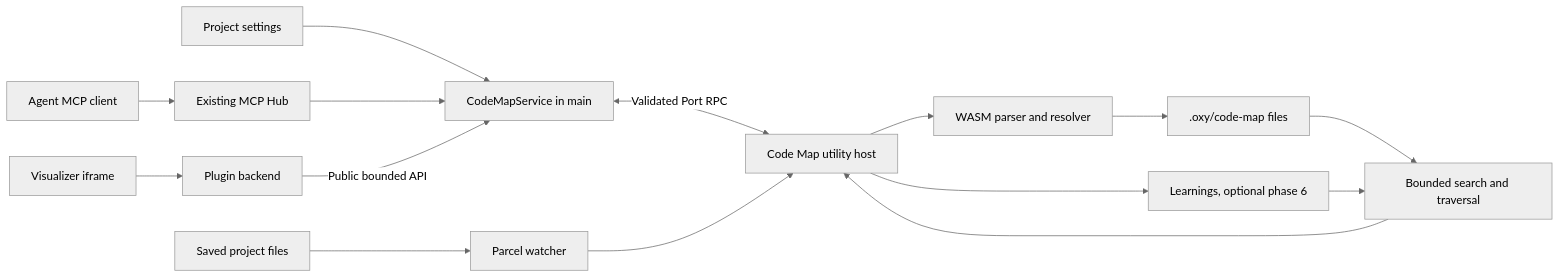
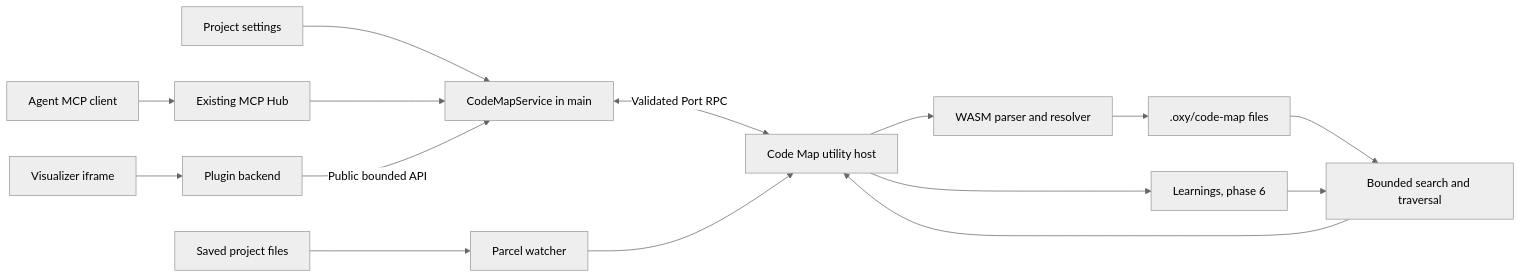
The diagram in docs/planned-features/code-map/design.md (JakubKonkol/Oxytocin), drawn with Mermaid (neutral theme) before and after one commit. The commit also changed other lines of this file and 9 other files, not shown here.

````diff
--- a/docs/planned-features/code-map/design.md
+++ b/docs/planned-features/code-map/design.md
@@ -27,17 +27,17 @@
 ```mermaid
 flowchart LR
   UI[Project settings] --> Main[CodeMapService in main]
   Agent[Agent MCP client] --> Hub[Existing MCP Hub]
   Hub --> Main
   View[Visualizer iframe] --> Plugin[Plugin backend]
   Plugin -->|Public bounded API| Main
   Main <-->|Validated Port RPC| Host[Code Map utility host]
   Files[Saved project files] --> Watch[Parcel watcher]
   Watch --> Host
   Host --> Parser[WASM parser and resolver]
   Parser --> Cache[.oxy/code-map files]
   Cache --> Query[Bounded search and traversal]
-  Host --> Memory[Learnings, optional phase 6]
+  Host --> Memory[Learnings, phase 6]
   Memory --> Query
   Query --> Host
 ```
````
